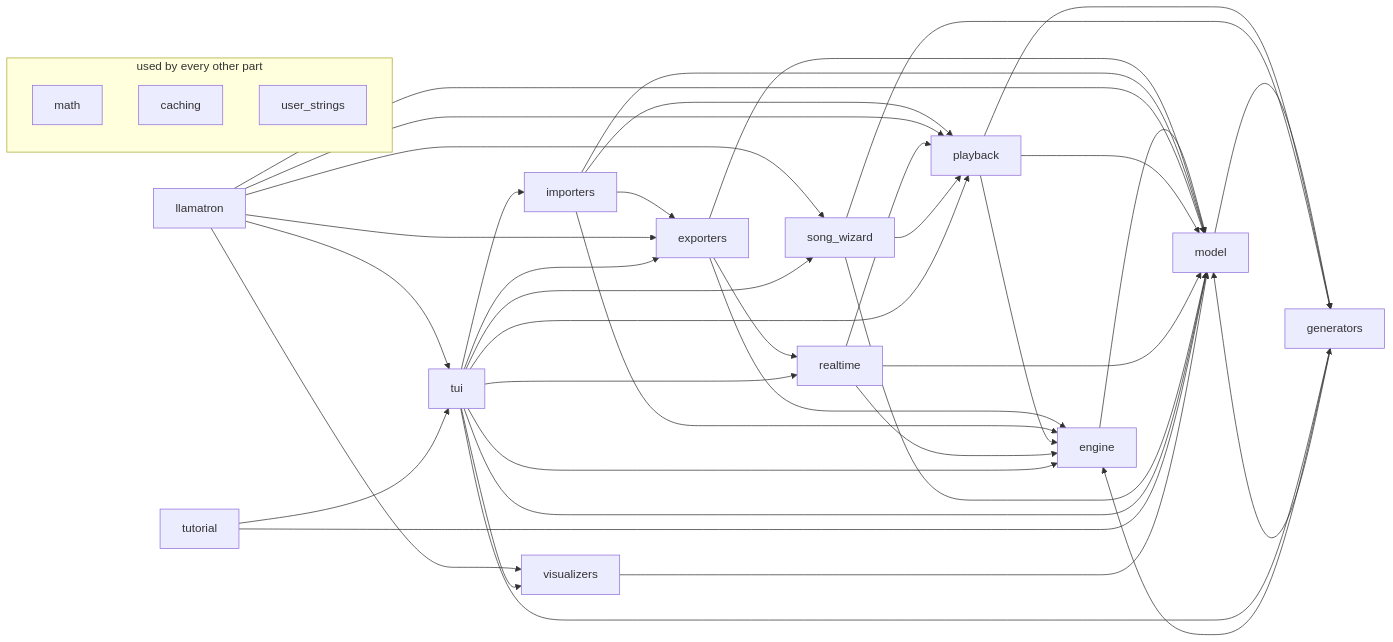
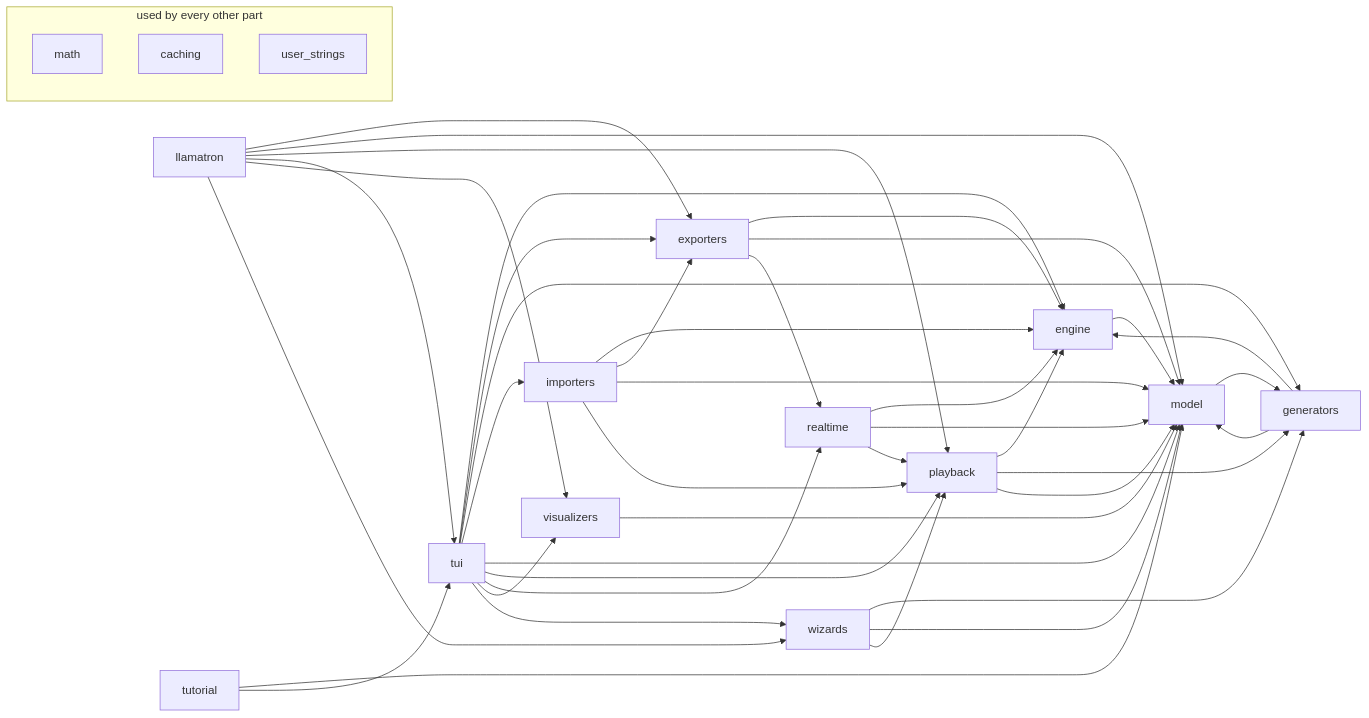
The second of 2 diagrams in docs/ARCHITECTURE.md (mpdehaan/llamatron), drawn with Mermaid before and after one commit. The commit also changed other lines of this file and 178 other files, not shown here.

Commit message:
The song wizard's package is wizards/create_song, apart from wizards to come that change an existing song; a package's front door may be a module inside one of its parts.

````diff
--- a/docs/ARCHITECTURE.md
+++ b/docs/ARCHITECTURE.md
@@ -126,58 +126,58 @@
 ```mermaid
 flowchart LR
     tui["tui"]
     llamatron["llamatron"]
     model["model"]
     playback["playback"]
     generators["generators"]
     engine["engine"]
     exporters["exporters"]
     importers["importers"]
     realtime["realtime"]
-    song_wizard["song_wizard"]
     tutorial["tutorial"]
     visualizers["visualizers"]
+    wizards["wizards"]
     subgraph everywhere ["used by every other part"]
     math["math"]
     caching["caching"]
     user_strings["user_strings"]
     end
     engine --> model
     exporters --> engine
     exporters --> model
     exporters --> realtime
     generators --> engine
     generators --> model
     importers --> engine
     importers --> exporters
     importers --> model
     importers --> playback
     llamatron --> exporters
     llamatron --> model
     llamatron --> playback
-    llamatron --> song_wizard
     llamatron --> tui
     llamatron --> visualizers
+    llamatron --> wizards
     model --> generators
     playback --> engine
     playback --> generators
     playback --> model
     realtime --> engine
     realtime --> model
     realtime --> playback
-    song_wizard --> generators
-    song_wizard --> model
-    song_wizard --> playback
     tui --> engine
     tui --> exporters
     tui --> generators
     tui --> importers
     tui --> model
     tui --> playback
     tui --> realtime
-    tui --> song_wizard
     tui --> visualizers
+    tui --> wizards
     tutorial --> model
     tutorial --> tui
     visualizers --> model
+    wizards --> generators
+    wizards --> model
+    wizards --> playback
 ```
````
